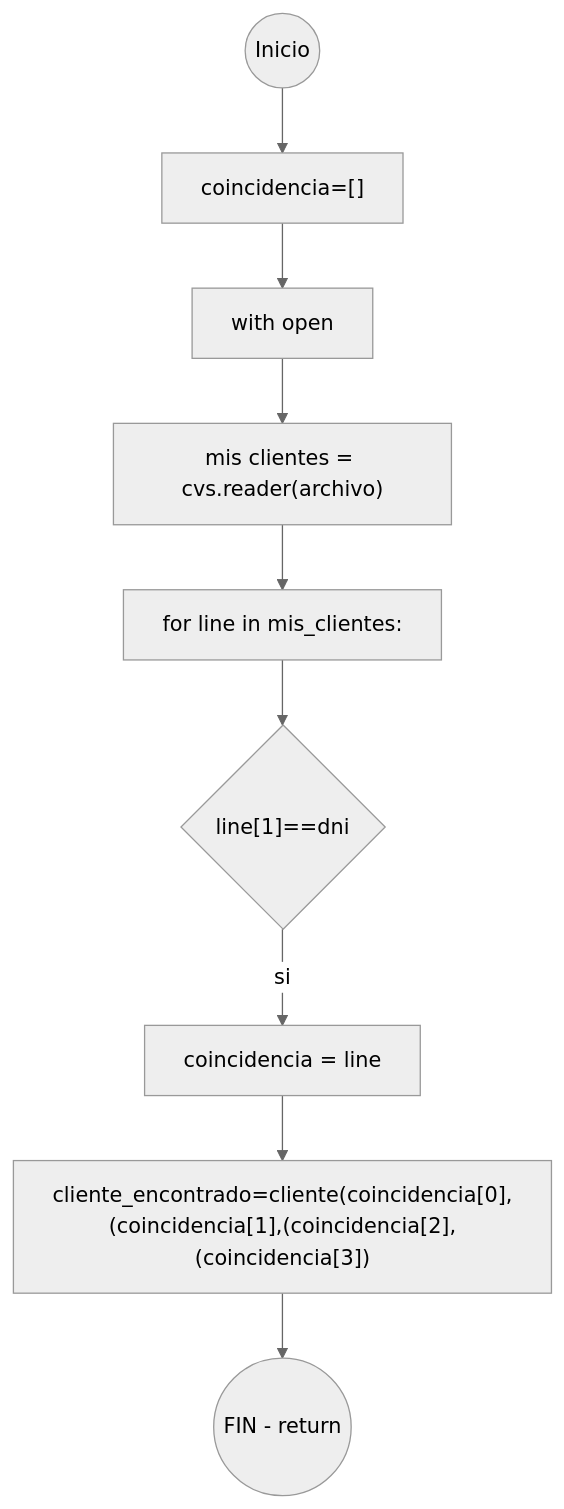
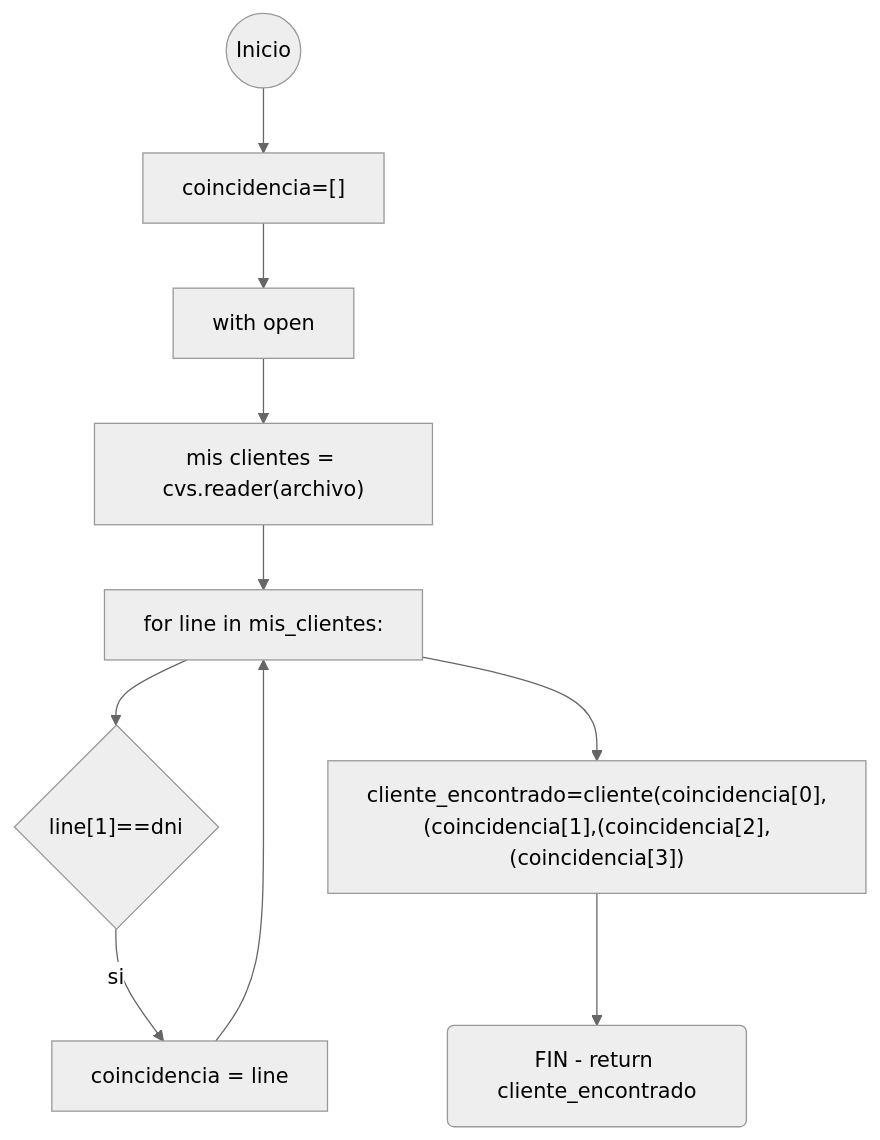
The third of 30 diagrams in Diagramas de flujo y grafos de complejidad ciclomatica.md (alt165/tp8), drawn with Mermaid (neutral theme) before and after one commit. The commit also changed other lines of this file, not shown here.

Commit message:
Update Diagramas de flujo y grafos de complejidad ciclomatica.md

````diff
--- a/Diagramas de flujo y grafos de complejidad ciclomatica.md
+++ b/Diagramas de flujo y grafos de complejidad ciclomatica.md
@@ -71,11 +70,12 @@
 ```mermaid 
 graph 
-    A((Inicio)) --> B["coincidencia=[]"]
+   A((Inicio)) --> B["coincidencia=[]"]
     B-->C[with open]
     C-->D["mis clientes = cvs.reader(archivo)"]
     D-->E[for line in mis_clientes:]
     E-->F{"line[1]==dni"}
     F-->|si|G[coincidencia = line]
-    G-->I["cliente_encontrado=cliente(coincidencia[0],(coincidencia[1],(coincidencia[2],(coincidencia[3])"]
-    I-->H((FIN - return))
+    G-->E
+    E-->I["cliente_encontrado=cliente(coincidencia[0],(coincidencia[1],(coincidencia[2],(coincidencia[3])"]
+    I-->H(FIN - return cliente_encontrado)
 ```
````
